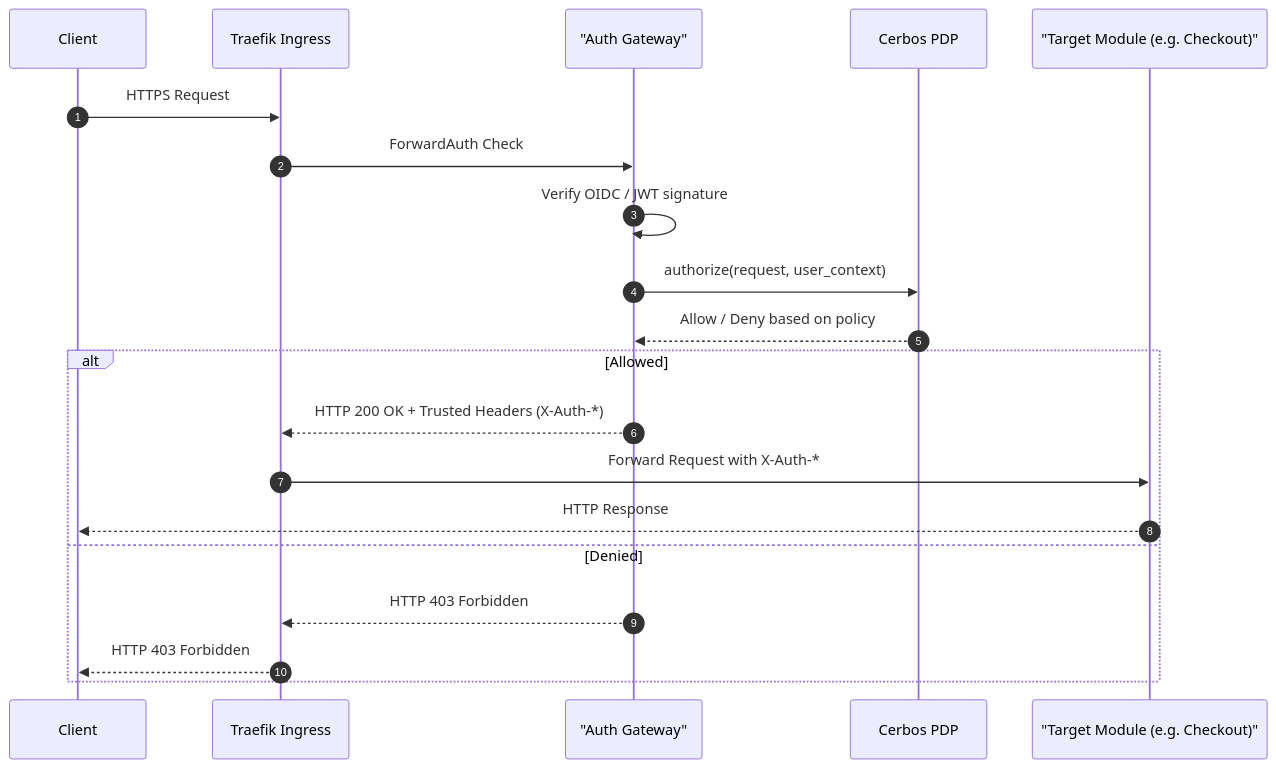
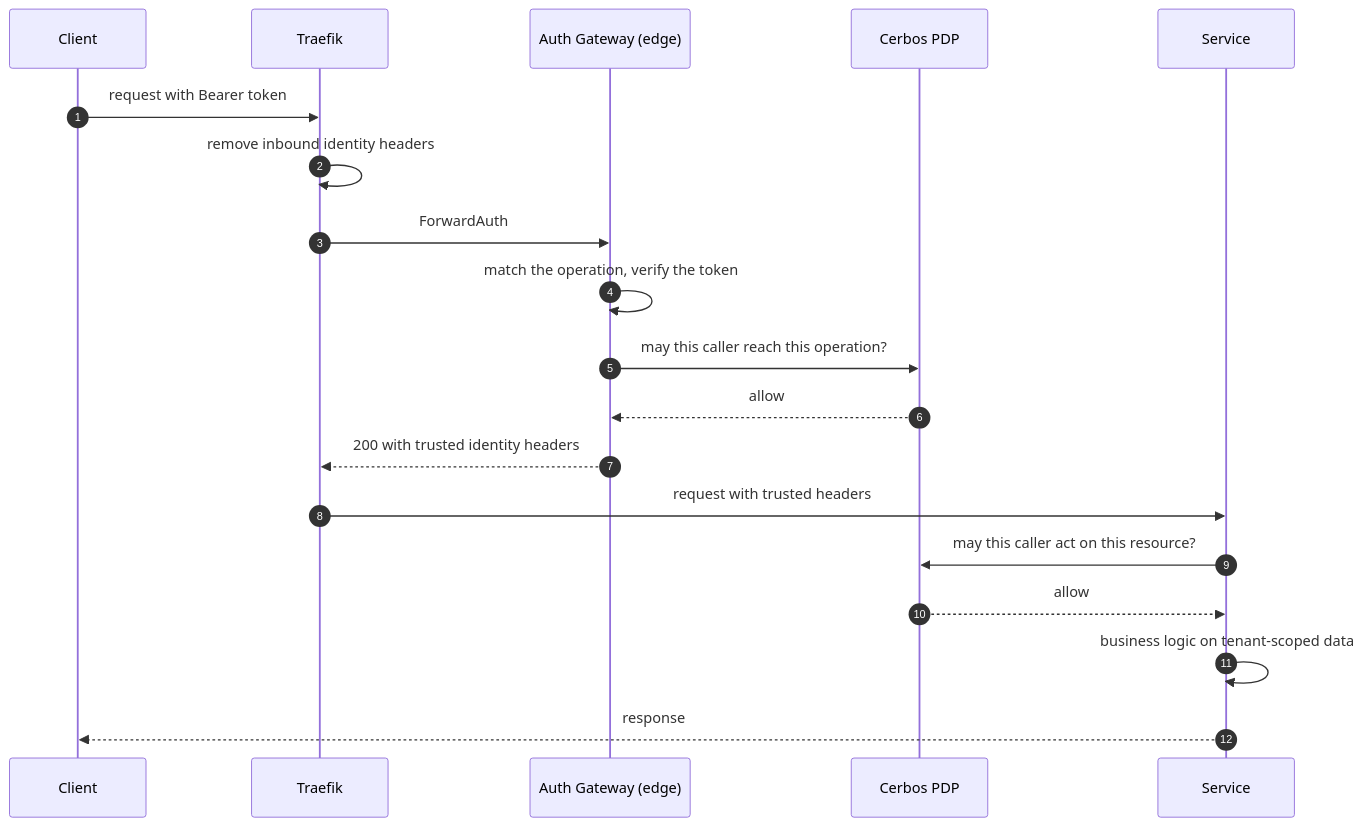
Before and after one commit to Labs64/labs64.io-docs: the first of 5 diagrams in introduction/architecture.md, drawn with Mermaid. The commit also changed other lines of this file and 51 other files, not shown here.

Commit message:
Make the public docs the primary architecture and module reference

````diff
--- a/introduction/architecture.md
+++ b/introduction/architecture.md
@@ -15,24 +27,22 @@
 ```mermaid
 sequenceDiagram
     autonumber
     participant C as Client
-    participant T as Traefik Ingress
-    participant AP as "Auth Gateway"
+    participant T as Traefik
+    participant AG as Auth Gateway (edge)
     participant PDP as Cerbos PDP
-    participant M as "Target Module (e.g. Checkout)"
+    participant M as Service
 
-    C->>T: HTTPS Request
-    T->>AP: ForwardAuth Check
-    AP->>AP: Verify OIDC / JWT signature
-    AP->>PDP: authorize(request, user_context)
-    PDP-->>AP: Allow / Deny based on policy
-    
-    alt Allowed
-        AP-->>T: HTTP 200 OK + Trusted Headers (X-Auth-*)
-        T->>M: Forward Request with X-Auth-*
-        M-->>C: HTTP Response
-    else Denied
-        AP-->>T: HTTP 403 Forbidden
-        T-->>C: HTTP 403 Forbidden
-    end
+    C->>T: request with Bearer token
+    T->>T: remove inbound identity headers
+    T->>AG: ForwardAuth
+    AG->>AG: match the operation, verify the token
+    AG->>PDP: may this caller reach this operation?
+    PDP-->>AG: allow
+    AG-->>T: 200 with trusted identity headers
+    T->>M: request with trusted headers
+    M->>PDP: may this caller act on this resource?
+    PDP-->>M: allow
+    M->>M: business logic on tenant-scoped data
+    M-->>C: response
 ```
````
